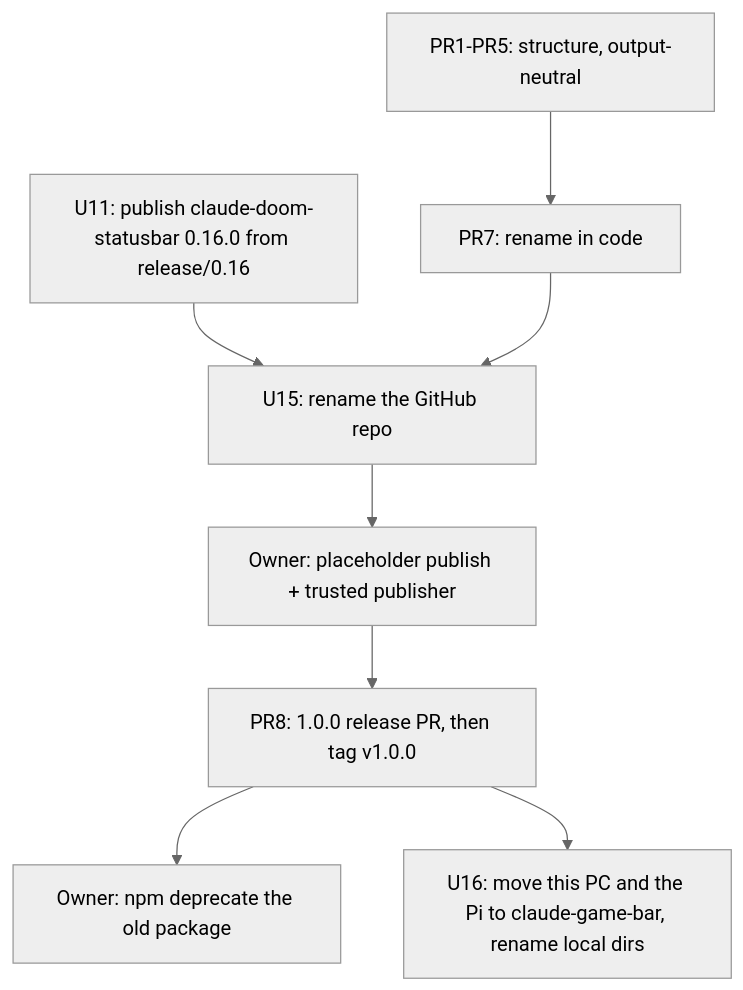
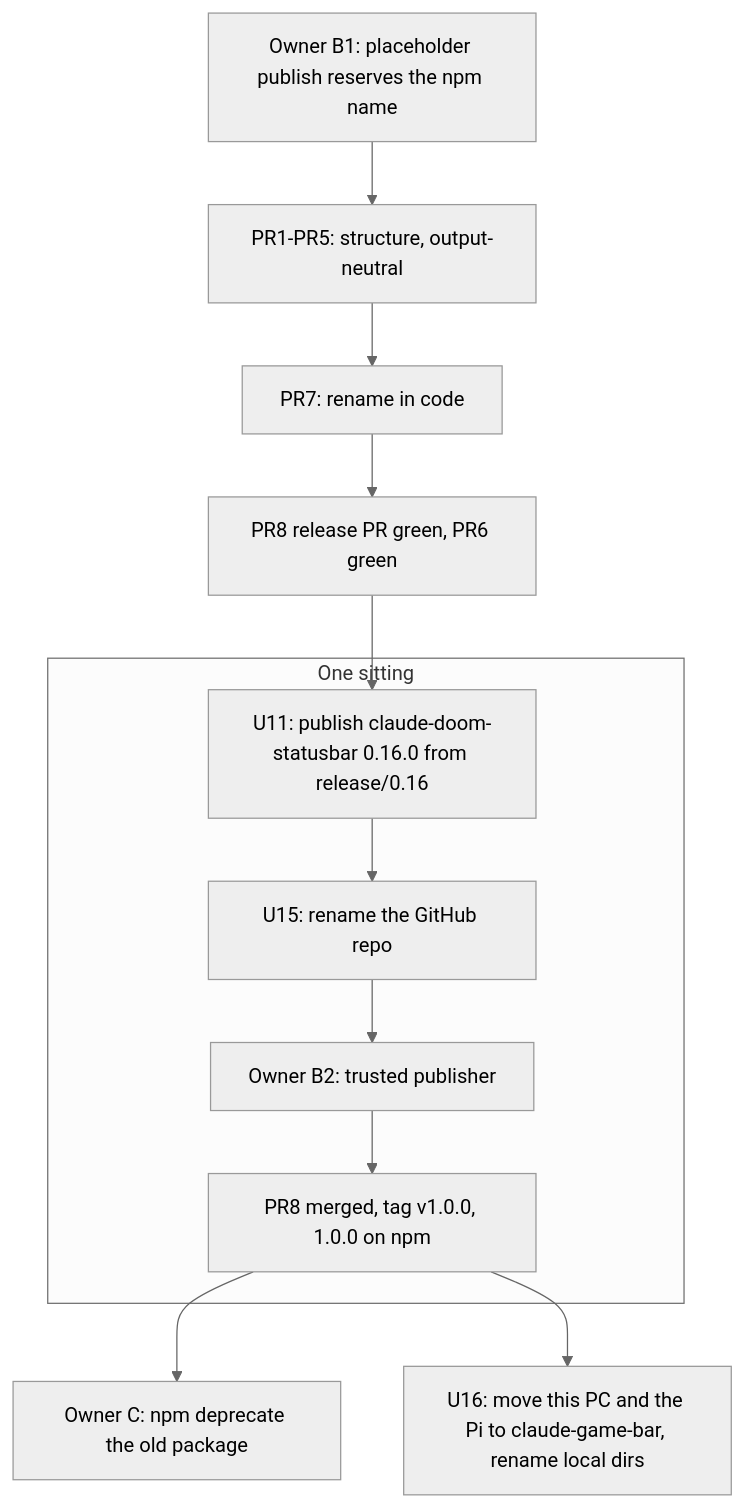
The second of 2 diagrams in docs/plans/2026-11-13-1359-refactor-claude-game-bar-1-0-plan.md (99LevelsUp/claude-doom-statusbar), drawn with Mermaid (neutral theme) before and after one commit. The commit also changed other lines of this file, not shown here.

````diff
--- a/docs/plans/2026-11-13-1359-refactor-claude-game-bar-1-0-plan.md
+++ b/docs/plans/2026-11-13-1359-refactor-claude-game-bar-1-0-plan.md
@@ -266,10 +270,14 @@
 ```mermaid
 flowchart TB
-  P1[PR1-PR5: structure, output-neutral] --> P7[PR7: rename in code]
-  R016[U11: publish claude-doom-statusbar 0.16.0 from release/0.16] --> GH[U15: rename the GitHub repo]
-  P7 --> GH
-  GH --> BOOT[Owner: placeholder publish + trusted publisher]
-  BOOT --> P8[PR8: 1.0.0 release PR, then tag v1.0.0]
-  P8 --> DEP[Owner: npm deprecate the old package]
-  P8 --> MIG[U16: move this PC and the Pi to claude-game-bar, rename local dirs]
+  B1[Owner B1: placeholder publish reserves the npm name] --> P1[PR1-PR5: structure, output-neutral]
+  P1 --> P7[PR7: rename in code]
+  P7 --> P8G[PR8 release PR green, PR6 green]
+  subgraph Sitting["One sitting"]
+    R016[U11: publish claude-doom-statusbar 0.16.0 from release/0.16] --> GH[U15: rename the GitHub repo]
+    GH --> B2[Owner B2: trusted publisher]
+    B2 --> TAG[PR8 merged, tag v1.0.0, 1.0.0 on npm]
+  end
+  P8G --> R016
+  TAG --> DEP[Owner C: npm deprecate the old package]
+  TAG --> MIG[U16: move this PC and the Pi to claude-game-bar, rename local dirs]
 ```
````
